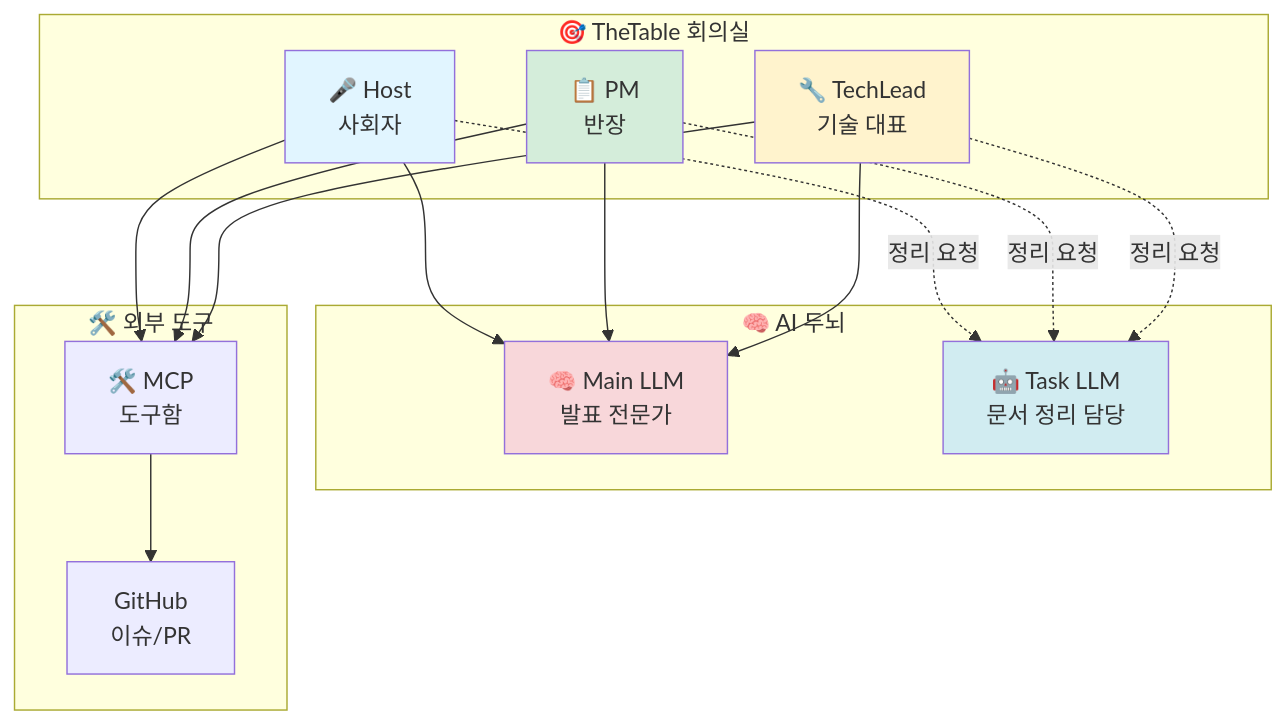
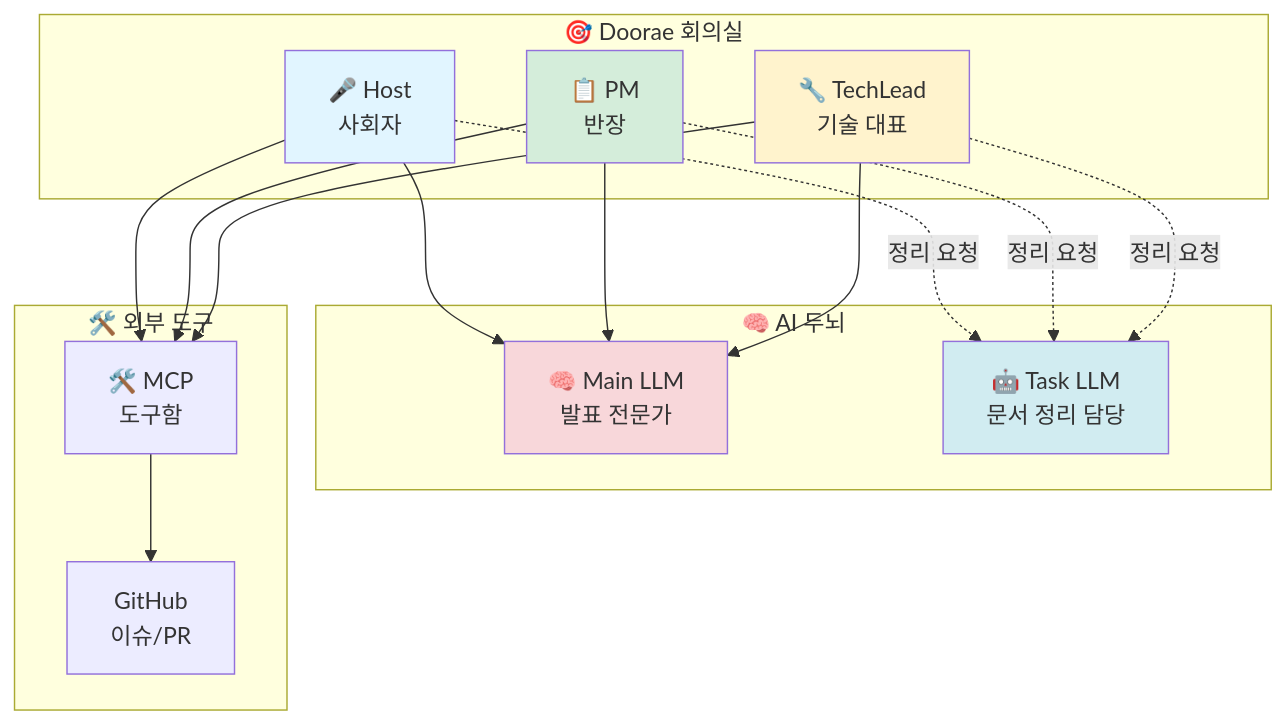
Before and after one commit to doorae-lab/doorae: the first of 2 diagrams in docs/architecture.md, drawn with Mermaid. The commit also changed other lines of this file and 162 other files, not shown here.

````diff
--- a/docs/architecture.md
+++ b/docs/architecture.md
@@ -113,38 +113,38 @@
 ```mermaid
 graph TB
-    subgraph "🎯 TheTable 회의실"
+    subgraph "🎯 Doorae 회의실"
         Host[🎤 Host<br/>사회자]
         PM[📋 PM<br/>반장]
         TechLead[🔧 TechLead<br/>기술 대표]
     end
 
     subgraph "🧠 AI 두뇌"
         MainLLM[🧠 Main LLM<br/>발표 전문가]
         TaskLLM[🤖 Task LLM<br/>문서 정리 담당]
     end
 
     subgraph "🛠️ 외부 도구"
         MCP[🛠️ MCP<br/>도구함]
         GitHub[GitHub<br/>이슈/PR]
     end
 
     Host --> MainLLM
     PM --> MainLLM
     TechLead --> MainLLM
 
     Host -.정리 요청.-> TaskLLM
     PM -.정리 요청.-> TaskLLM
     TechLead -.정리 요청.-> TaskLLM
 
     Host --> MCP
     PM --> MCP
     TechLead --> MCP
 
     MCP --> GitHub
 
     style Host fill:#e1f5ff
     style PM fill:#d4edda
     style TechLead fill:#fff3cd
     style MainLLM fill:#f8d7da
     style TaskLLM fill:#d1ecf1
 ```
````
